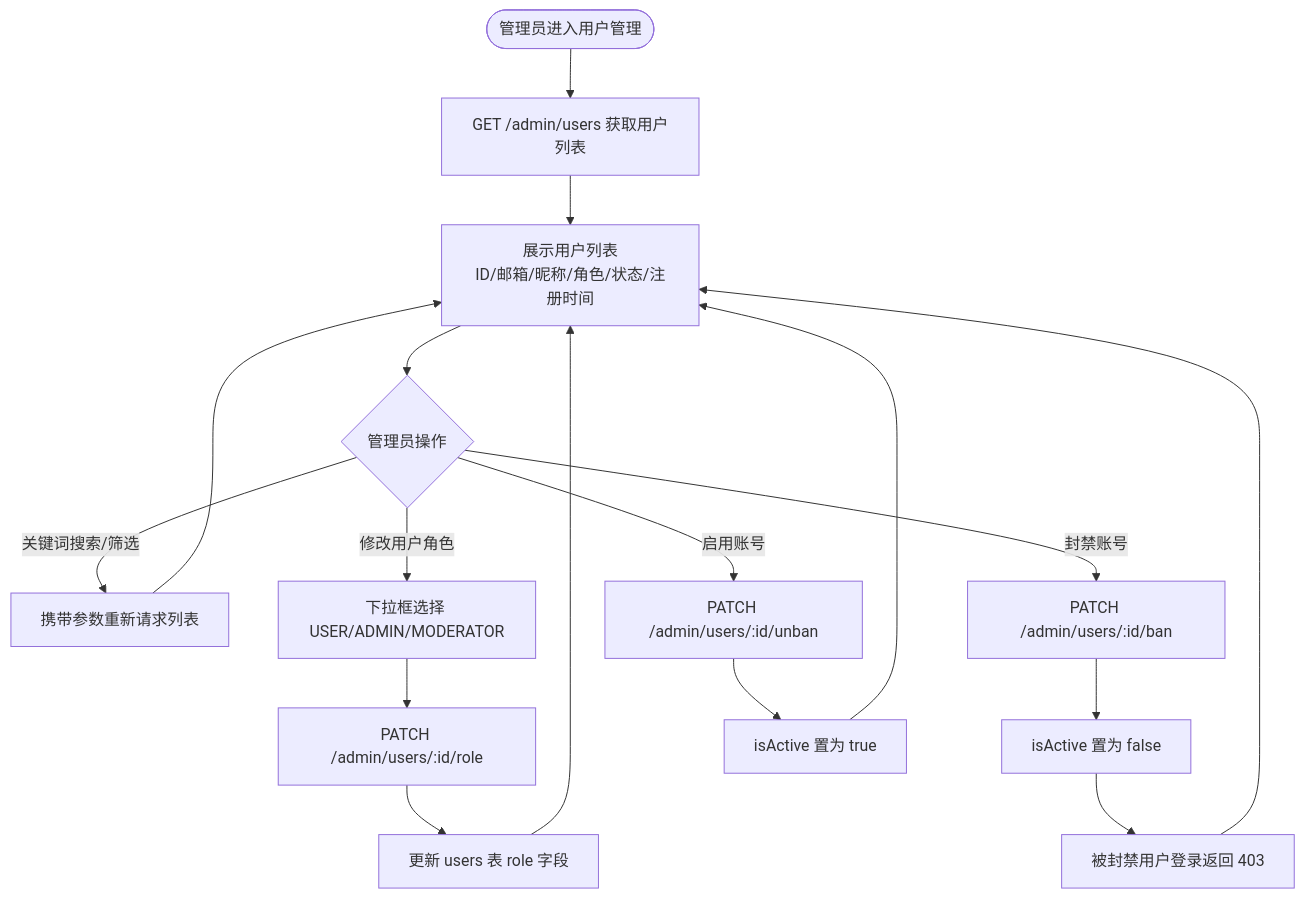
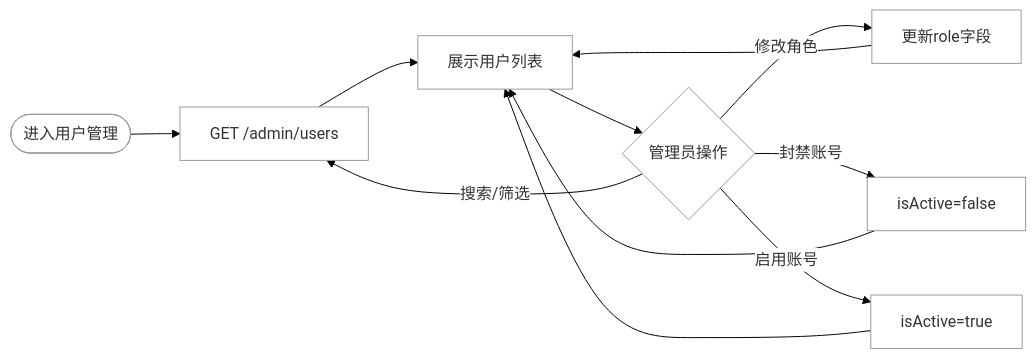
One commit to huangkaihao666/graduate-design changed diagram 12 of 19 in docs/毕设图表.md. Above: the diagram before and after it, drawn with Mermaid. The commit also changed other lines of this file, not shown here.

Commit message:
docs: 添加毕设图表40%

````diff
--- a/docs/毕设图表.md
+++ b/docs/毕设图表.md
@@ -473,16 +442,14 @@
 ```mermaid
-flowchart TD
-    A([管理员进入用户管理]) --> B[GET /admin/users 获取用户列表]
-    B --> C[展示用户列表<br/>ID/邮箱/昵称/角色/状态/注册时间]
+%%{init:{'theme':'base','themeVariables':{'background':'#ffffff','mainBkg':'#ffffff','clusterBkg':'#ffffff','nodeBorder':'#999999','edgeLabelBackground':'#ffffff'}}}%%
+flowchart LR
+    A([进入用户管理]) --> B[GET /admin/users]
+    B --> C[展示用户列表]
     C --> D{管理员操作}
-    D -- 关键词搜索/筛选 --> E[携带参数重新请求列表]
+    D -- 搜索/筛选 --> B
+    D -- 修改角色 --> E[更新role字段]
+    D -- 封禁账号 --> F[isActive=false]
+    D -- 启用账号 --> G[isActive=true]
     E --> C
-    D -- 修改用户角色 --> F[下拉框选择 USER/ADMIN/MODERATOR]
-    F --> G[PATCH /admin/users/:id/role]
-    G --> H[更新 users 表 role 字段] --> C
-    D -- 封禁账号 --> I[PATCH /admin/users/:id/ban]
-    I --> J[isActive 置为 false]
-    J --> K[被封禁用户登录返回 403] --> C
-    D -- 启用账号 --> L[PATCH /admin/users/:id/unban]
-    L --> M[isActive 置为 true] --> C
+    F --> C
+    G --> C
 ```
````
